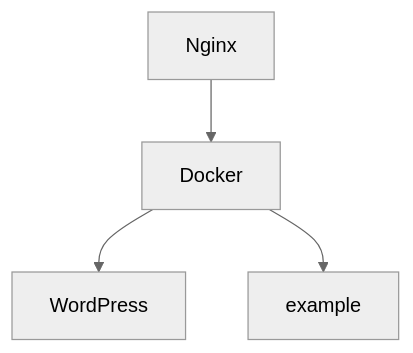
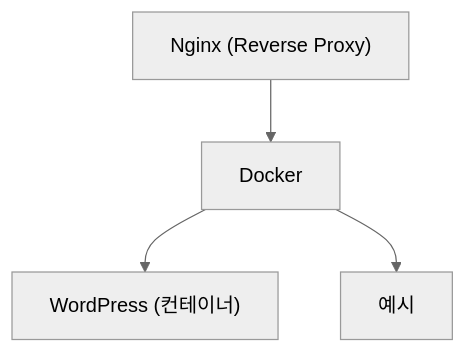
One commit to yso0204/obsidian changed the diagram in 서버/현재 구조.md. Above: the diagram before and after it, drawn with Mermaid (neutral theme). The commit also changed other lines of this file, not shown here.

Commit message:
vault backup: 2025-07-27 22:04:18

````diff
--- a/서버/현재 구조.md
+++ b/서버/현재 구조.md
@@ -1,6 +3,11 @@
 ```mermaid
 graph TD
-  Nginx --> Docker
-  Docker --> WordPress
-  Docker --> example
+Nginx["Nginx (Reverse Proxy)"]
+Docker["Docker"]
+WordPress["WordPress (컨테이너)"]
+Example["예시"]
+
+Nginx --> Docker
+Docker --> WordPress
+Docker --> Example
 ```
````
